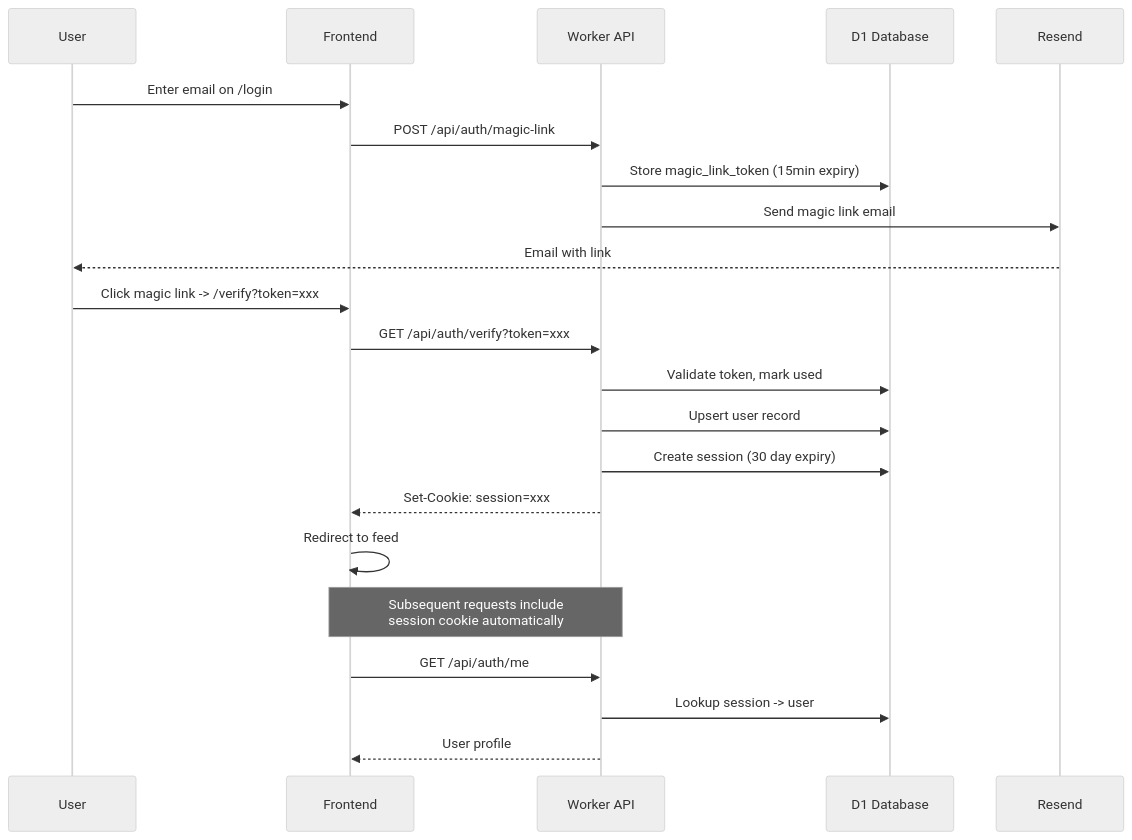
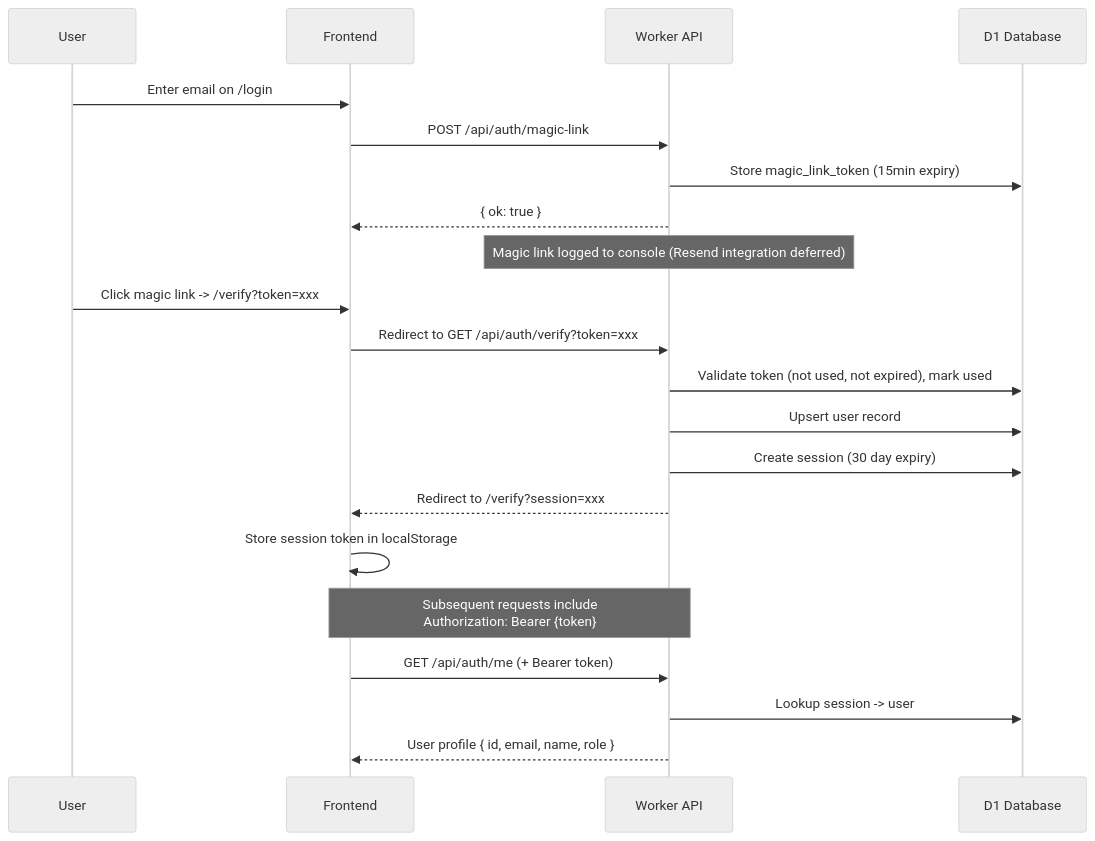
Before and after one commit to nxsh/dochas-times: the fourth of 5 diagrams in docs/architecture.md, drawn with Mermaid (neutral theme). The commit also changed other lines of this file and 18 other files, not shown here.

First line of the commit message:
Code review fixes, comprehensive test suite, updated docs and diagrams

````diff
--- a/docs/architecture.md
+++ b/docs/architecture.md
@@ -88,27 +74,27 @@
 ```mermaid
 sequenceDiagram
     participant User as User
     participant FE as Frontend
     participant API as Worker API
     participant DB as D1 Database
-    participant Email as Resend
 
     User->>FE: Enter email on /login
     FE->>API: POST /api/auth/magic-link
     API->>DB: Store magic_link_token (15min expiry)
-    API->>Email: Send magic link email
-    Email-->>User: Email with link
+    API-->>FE: { ok: true }
+    Note over API: Magic link logged to console (Resend integration deferred)
 
     User->>FE: Click magic link -> /verify?token=xxx
-    FE->>API: GET /api/auth/verify?token=xxx
-    API->>DB: Validate token, mark used
+    FE->>API: Redirect to GET /api/auth/verify?token=xxx
+    API->>DB: Validate token (not used, not expired), mark used
     API->>DB: Upsert user record
     API->>DB: Create session (30 day expiry)
-    API-->>FE: Set-Cookie: session=xxx
-    FE->>FE: Redirect to feed
+    API-->>FE: Redirect to /verify?session=xxx
 
-    Note over FE,API: Subsequent requests include<br/>session cookie automatically
-    FE->>API: GET /api/auth/me
+    FE->>FE: Store session token in localStorage
+    Note over FE,API: Subsequent requests include<br/>Authorization: Bearer {token}
+
+    FE->>API: GET /api/auth/me (+ Bearer token)
     API->>DB: Lookup session -> user
-    API-->>FE: User profile
+    API-->>FE: User profile { id, email, name, role }
 ```
````
